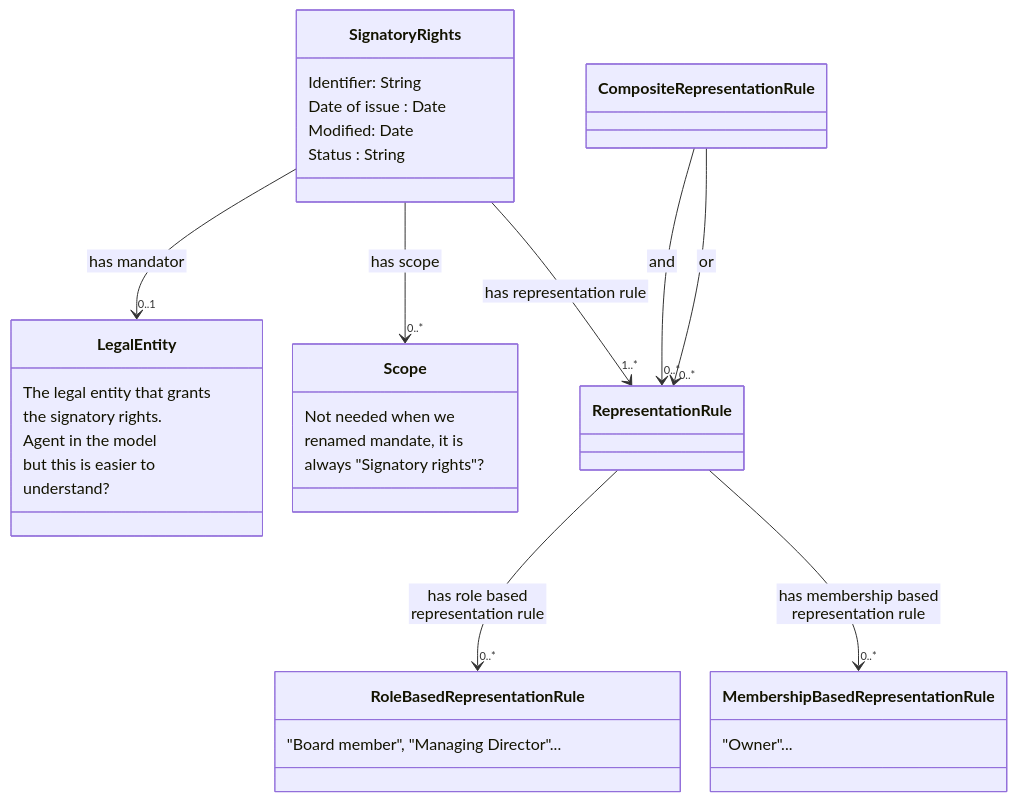
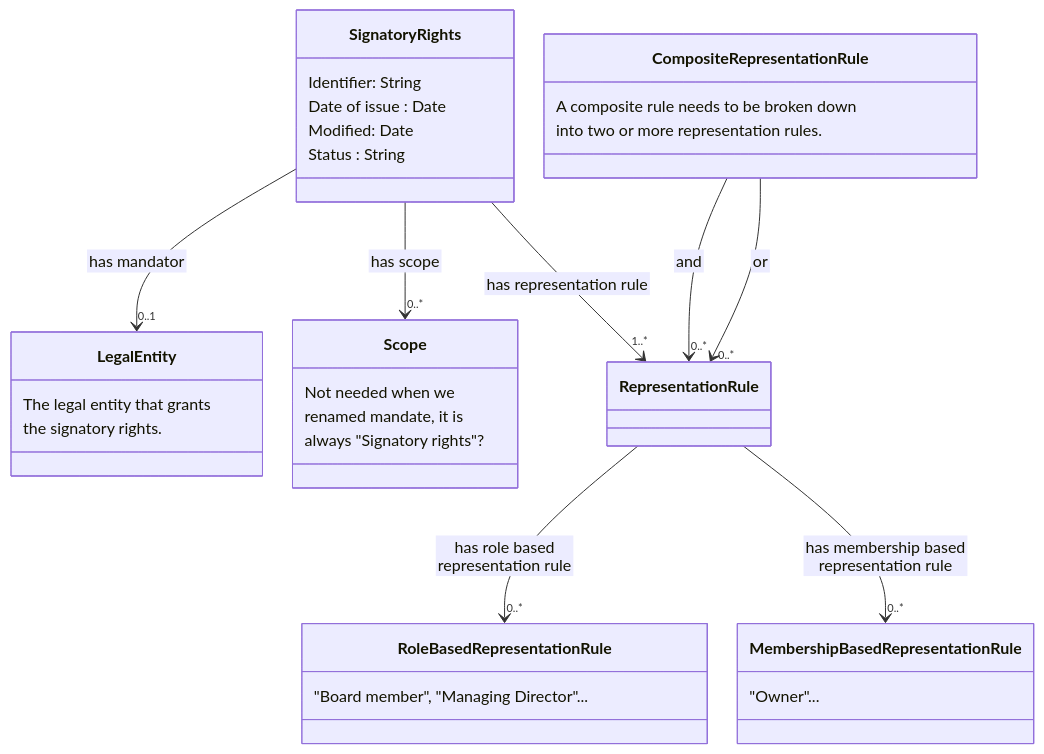
One commit to nordicsmartgovernment/Nordic-Signatory-Rights-Model changed the diagram in README.md. Above: the diagram before and after it, drawn with Mermaid.

````diff
--- a/README.md
+++ b/README.md
@@ -22,53 +22,52 @@
 ```mermaid
  %%{init:{'flowchart':{'nodeSpacing': 30, 'rankSpacing': 95, 'htmlLabels': false}}}%%
     classDiagram
        
         class Signatory Rights {
             Identifier: String
             Date of issue : Date
             Modified: Date
             Status : String
         }
 
         Signatory Rights --> "0..1" Legal Entity : has mandator
         Signatory Rights --> "0..*" Scope : has scope
         Signatory Rights --> "1..*" Representation Rule : has representation rule
 
         class Legal Entity {
            The legal entity that grants
            the signatory rights.
-           Agent in the model
-           but this is easier to
-           understand?
         }
 
         class Scope {
            Not needed when we
            renamed mandate, it is
            always "Signatory rights"?
         }
 
         class Representation Rule {
         }
 
         Representation Rule  --> "0..*" Role Based Representation Rule : has role based representation rule
         Representation Rule --> "0..*" Membership Based Representation Rule : has membership based representation rule
 
         class Role Based Representation Rule {
            "Board member", "Managing Director"...
         }
 
         class Membership Based Representation Rule {
            "Owner"...
         }
 
         class Composite Representation Rule {
+           A composite rule needs to be broken down
+           into two or more representation rules.
         }
 
         Composite Representation Rule --> "0..*" Representation Rule : and
         Composite Representation Rule --> "0..*" Representation Rule : or
 
         class Scope {
         }
 
 ```
````
